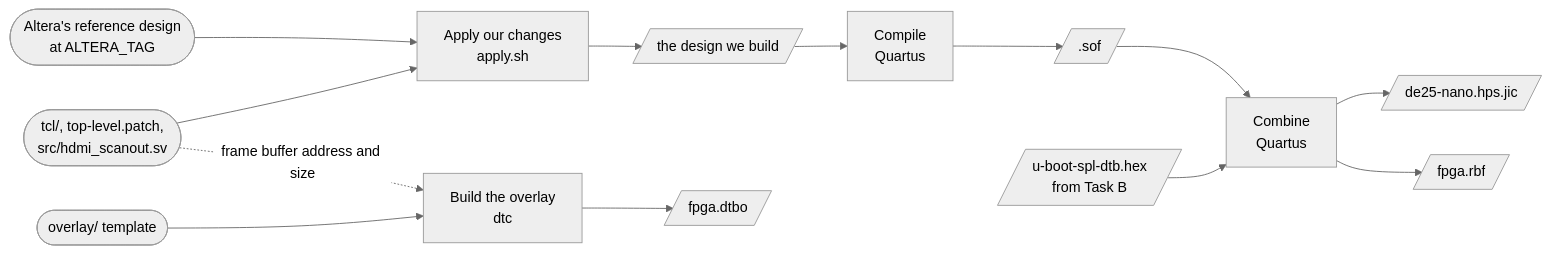
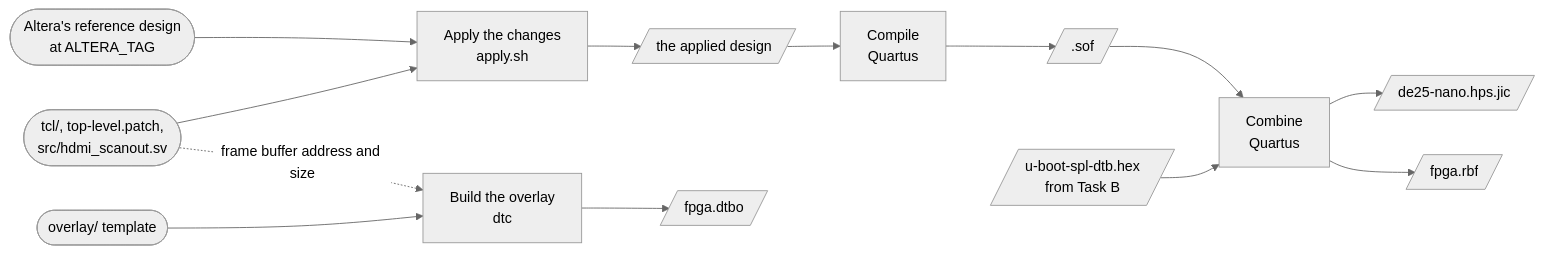
Before and after one commit to jclark/de25-nano-debian: the diagram in fpga/README.md, drawn with Mermaid (neutral theme). The commit also changed other lines of this file and 13 other files, not shown here.

````diff
--- a/fpga/README.md
+++ b/fpga/README.md
@@ -3,11 +3,11 @@
 ```mermaid
 flowchart LR
-  a0(["Altera's reference design<br/>at ALTERA_TAG"]) --> ap["Apply our changes<br/>apply.sh"]
+  a0(["Altera's reference design<br/>at ALTERA_TAG"]) --> ap["Apply the changes<br/>apply.sh"]
   s1(["tcl/, top-level.patch,<br/>src/hdmi_scanout.sv"]) --> ap
-  ap --> d[/"the design we build"/] --> q["Compile<br/>Quartus"] --> sof[/".sof"/] --> pfg["Combine<br/>Quartus"]
+  ap --> d[/"the applied design"/] --> q["Compile<br/>Quartus"] --> sof[/".sof"/] --> pfg["Combine<br/>Quartus"]
   spl[/"u-boot-spl-dtb.hex<br/>from Task B"/] --> pfg
   pfg --> jic[/"de25-nano.hps.jic"/]
   pfg --> rbf[/"fpga.rbf"/]
   s2(["overlay/ template"]) --> dtc["Build the overlay<br/>dtc"] --> dtbo[/"fpga.dtbo"/]
   s1 -. "frame buffer address and size" .-> dtc
 ```
````
